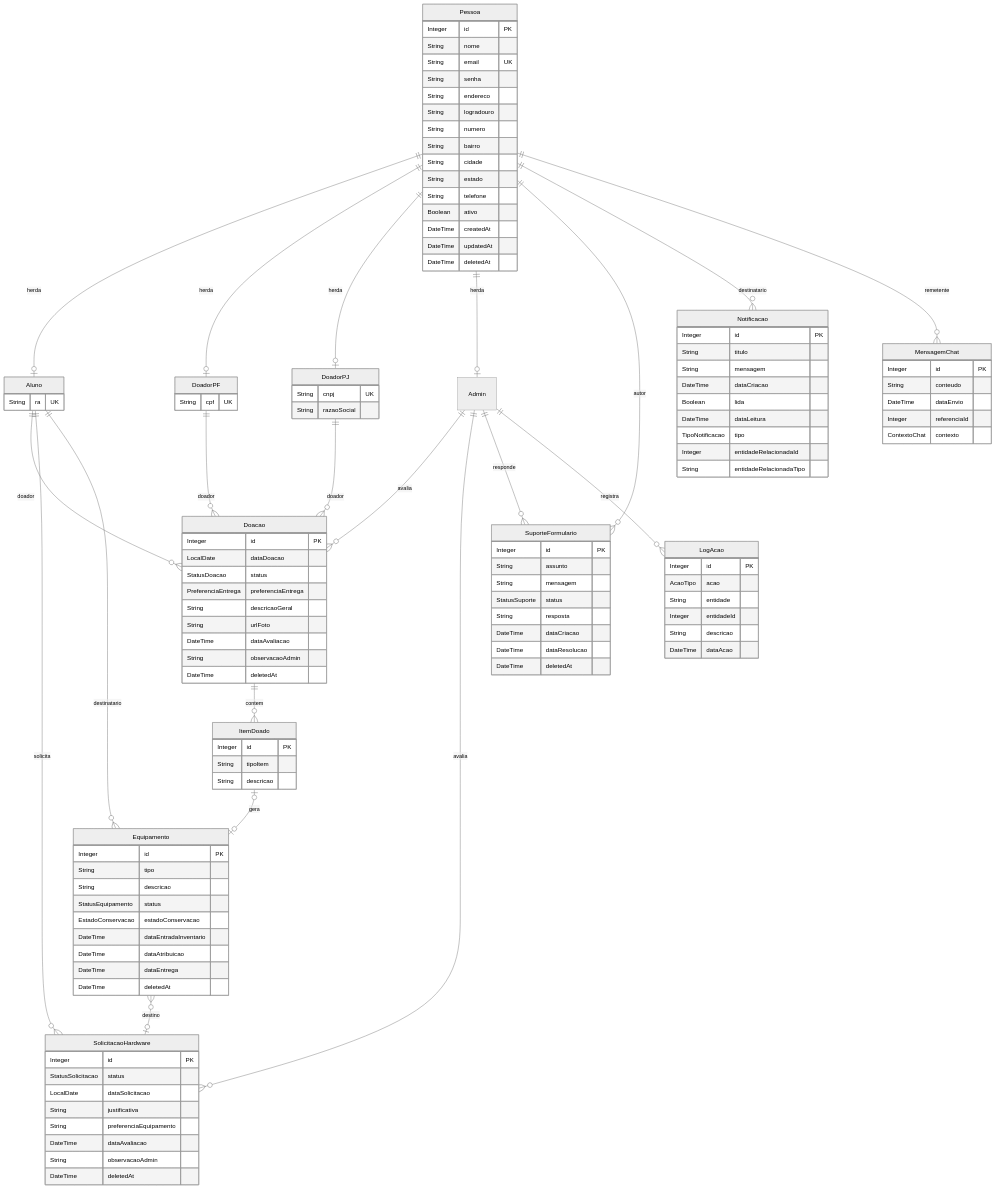
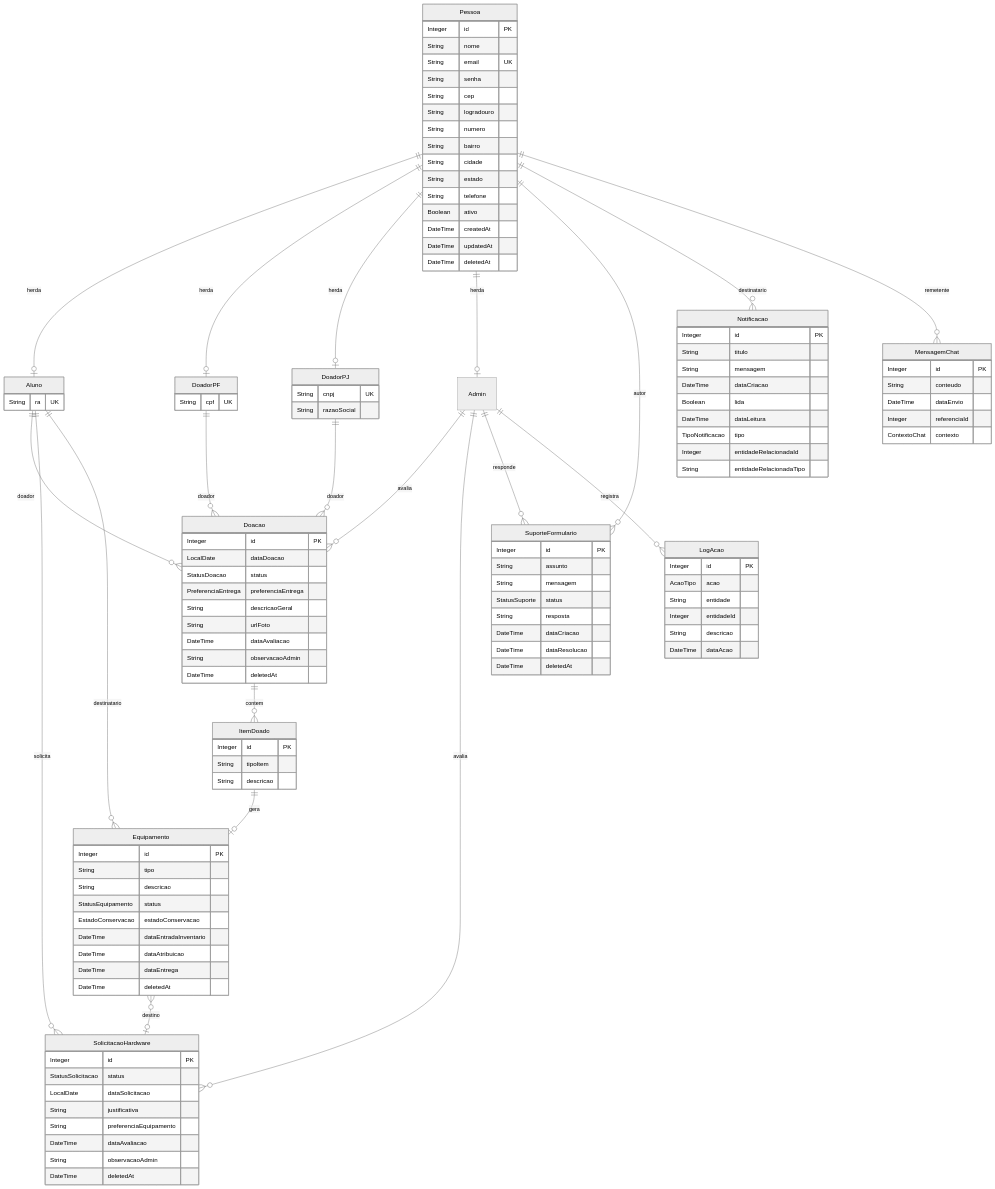
The diagram in mermaid.md (JoaoPedroCampanari/DoaTec), drawn with Mermaid (neutral theme) before and after one commit.

Commit message:
Reorganize ERD: group by domain, fix fields, correct cardinalities

````diff
--- a/mermaid.md
+++ b/mermaid.md
@@ -3,12 +3,14 @@
 ```mermaid
 erDiagram
+
+    %% ========== PESSOA (herança JOINED) ==========
 
     Pessoa {
         Integer id PK
         String nome
         String email UK
         String senha
-        String endereco
+        String cep
         String logradouro
         String numero
         String bairro
@@ -42,6 +44,8 @@
     Pessoa ||--o| DoadorPJ : "herda"
     Pessoa ||--o| Admin : "herda"
 
+    %% ========== DOAÇÃO ==========
+
     Doacao {
         Integer id PK
         LocalDate dataDoacao
@@ -60,11 +64,13 @@
         String descricao
     }
 
+    Aluno ||--o{ Doacao : "doador"
     DoadorPF ||--o{ Doacao : "doador"
     DoadorPJ ||--o{ Doacao : "doador"
-    Aluno ||--o{ Doacao : "doador"
     Admin ||--o{ Doacao : "avalia"
     Doacao ||--o{ ItemDoado : "contem"
+
+    %% ========== SOLICITAÇÃO ==========
 
     SolicitacaoHardware {
         Integer id PK
@@ -80,6 +86,8 @@
     Aluno ||--o{ SolicitacaoHardware : "solicita"
     Admin ||--o{ SolicitacaoHardware : "avalia"
 
+    %% ========== INVENTÁRIO ==========
+
     Equipamento {
         Integer id PK
         String tipo
@@ -92,9 +100,11 @@
         DateTime deletedAt
     }
 
-    ItemDoado |o--o| Equipamento : "gera"
+    ItemDoado ||--o| Equipamento : "gera"
     Equipamento }o--o| SolicitacaoHardware : "destino"
     Aluno ||--o{ Equipamento : "destinatario"
+
+    %% ========== SUPORTE ==========
 
     SuporteFormulario {
         Integer id PK
@@ -110,6 +120,8 @@
     Pessoa ||--o{ SuporteFormulario : "autor"
     Admin ||--o{ SuporteFormulario : "responde"
 
+    %% ========== NOTIFICAÇÃO ==========
+
     Notificacao {
         Integer id PK
         String titulo
@@ -124,6 +136,8 @@
 
     Pessoa ||--o{ Notificacao : "destinatario"
 
+    %% ========== AUDITORIA ==========
+
     LogAcao {
         Integer id PK
         AcaoTipo acao
@@ -135,6 +149,8 @@
 
     Admin ||--o{ LogAcao : "registra"
 
+    %% ========== CHAT ==========
+
     MensagemChat {
         Integer id PK
         String conteudo
````
